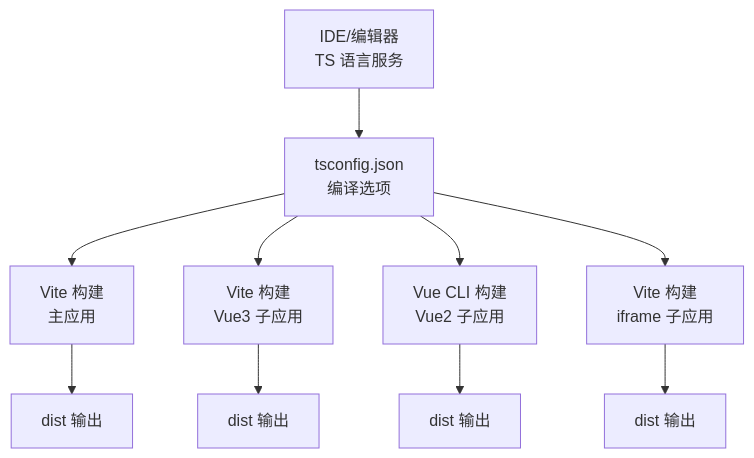
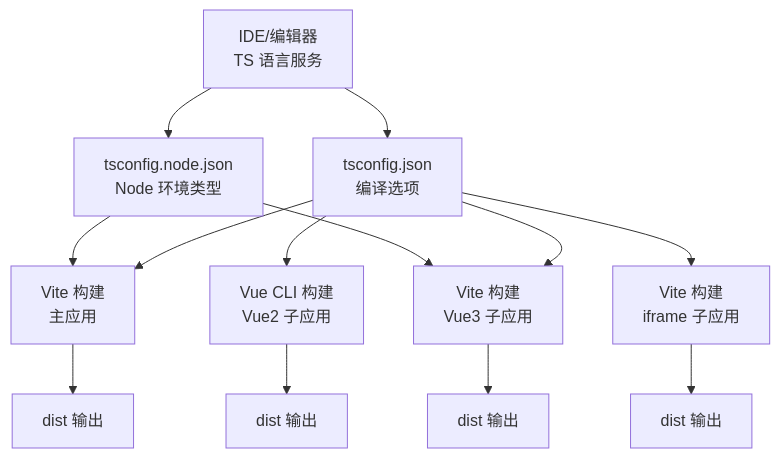
Before and after one commit to my-Sitara/artisan-base-frontend: the second of 6 diagrams in .qoder/repowiki/zh/content/高级主题/TypeScript 支持.md, drawn with Mermaid. The commit also changed other lines of this file and 35 other files, not shown here.

````diff
--- a/.qoder/repowiki/zh/content/高级主题/TypeScript 支持.md
+++ b/.qoder/repowiki/zh/content/高级主题/TypeScript 支持.md
@@ -80,12 +102,15 @@
 ```mermaid
 graph TB
 ide["IDE/编辑器<br/>TS 语言服务"] --> tsconfig["tsconfig.json<br/>编译选项"]
+ide --> tsnode["tsconfig.node.json<br/>Node 环境类型"]
 tsconfig --> vite_main["Vite 构建<br/>主应用"]
 tsconfig --> vite_vue3["Vite 构建<br/>Vue3 子应用"]
+tsnode --> vite_main
+tsnode --> vite_vue3
 tsconfig --> vue_cli["Vue CLI 构建<br/>Vue2 子应用"]
 tsconfig --> vite_iframe["Vite 构建<br/>iframe 子应用"]
 vite_main --> dist_main["dist 输出"]
 vite_vue3 --> dist_vue3["dist 输出"]
 vue_cli --> dist_vue2["dist 输出"]
 vite_iframe --> dist_iframe["dist 输出"]
 ```
````
